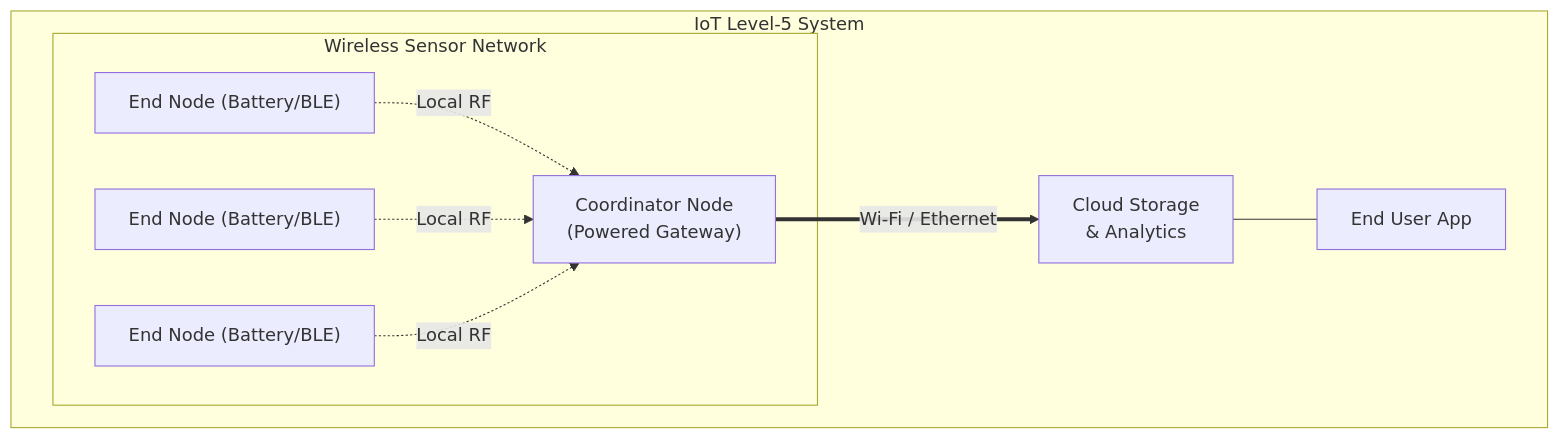
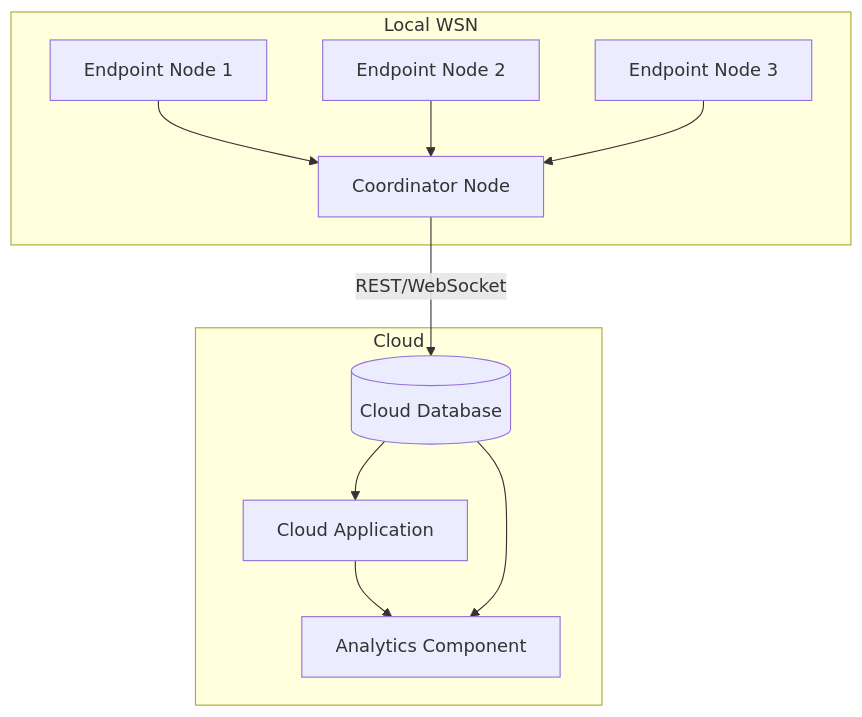
One commit to Shashi1024/Sample changed the first of 2 diagrams in Expr.md. Above: the diagram before and after it, drawn with Mermaid. The commit also changed other lines of this file, not shown here.

````diff
--- a/Expr.md
+++ b/Expr.md
@@ -230,19 +224,14 @@
 ```mermaid
 graph TD
-    subgraph level_5 ["IoT Level-5 System"]
-        subgraph wsn ["Wireless Sensor Network"]
-            E1["End Node (Battery/BLE)"]
-            E2["End Node (Battery/BLE)"]
-            E3["End Node (Battery/BLE)"]
-            C["Coordinator Node\n(Powered Gateway)"]
-        end
-        Cloud["Cloud Storage\n& Analytics"]
-        App["End User App"]
-        
-        E1 -.->|Local RF| C
-        E2 -.->|Local RF| C
-        E3 -.->|Local RF| C
-        C ==>|Wi-Fi / Ethernet| Cloud
-        Cloud --- App
+    subgraph Local_Network ["Local WSN"]
+        E1["Endpoint Node 1"] --> C["Coordinator Node"]
+        E2["Endpoint Node 2"] --> C
+        E3["Endpoint Node 3"] --> C
+    end
+    subgraph Cloud_Infrastructure ["Cloud"]
+        C -->|REST/WebSocket| D[("Cloud Database")]
+        D --> A["Cloud Application"]
+        A --> AN["Analytics Component"]
+        D --> AN
     end
 ```
````
